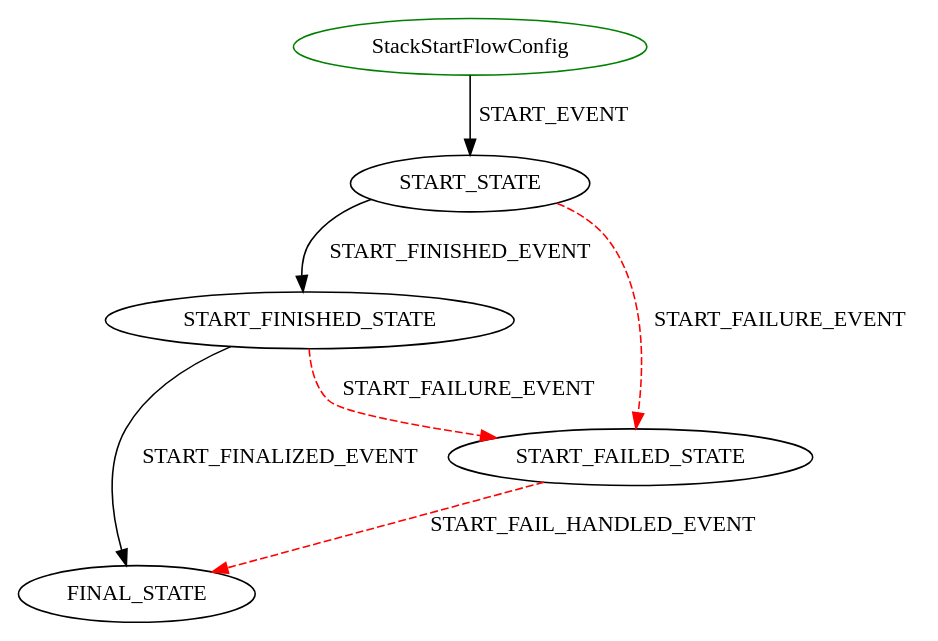
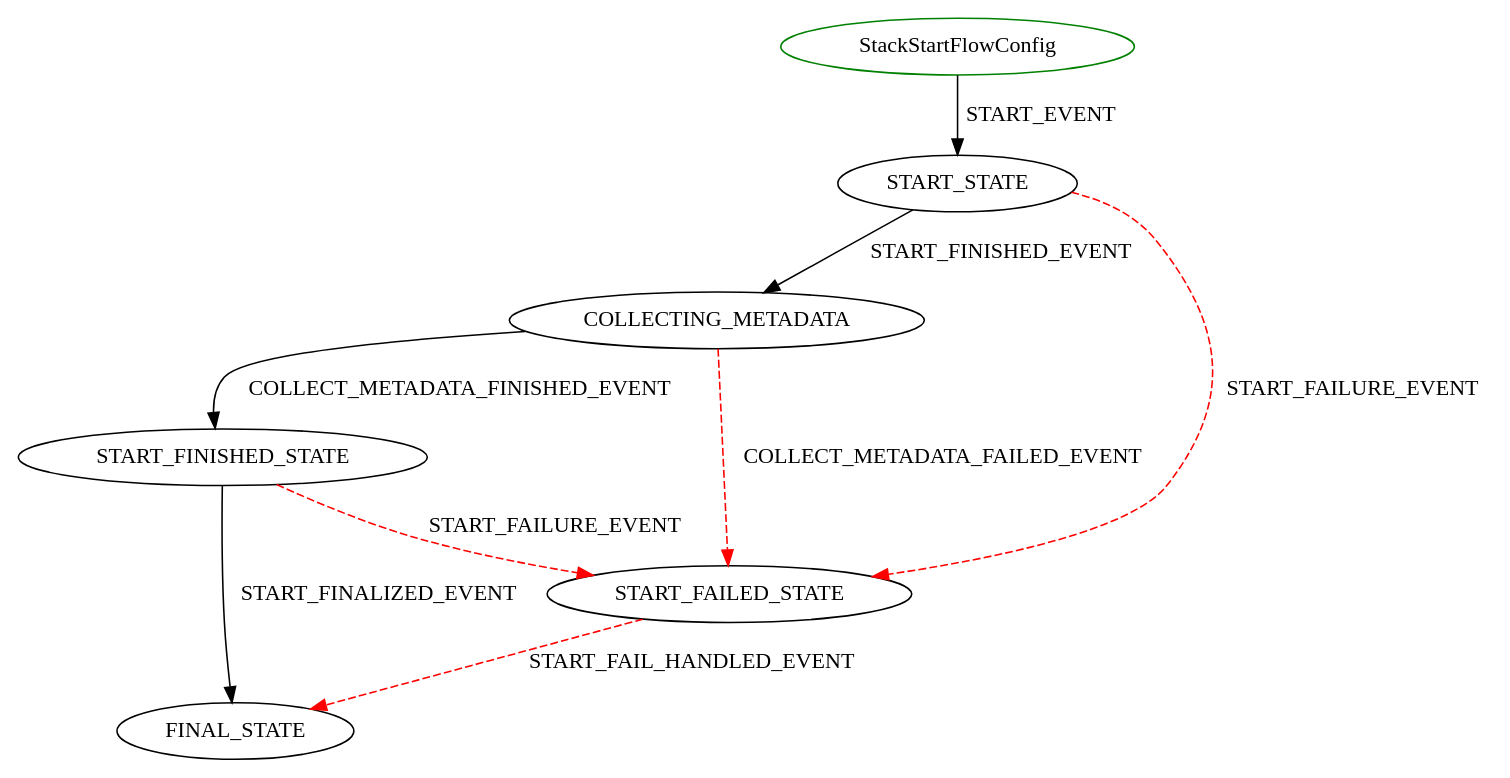
Before and after one commit to hortonworks/cloudbreak-docs: the diagram in latest/diagrams/StackStartFlowConfig.dot, drawn with Graphviz. The commit also changed 49 other files, not shown here.

```diff
--- a/latest/diagrams/StackStartFlowConfig.dot
+++ b/latest/diagrams/StackStartFlowConfig.dot
@@ -1,9 +1,11 @@
 digraph {
 INIT_STATE [label="StackStartFlowConfig" shape=ellipse color=green];
 INIT_STATE -> START_STATE [label="START_EVENT" color=black style=solid];
-START_STATE -> START_FINISHED_STATE [label="START_FINISHED_EVENT" color=black style=solid];
+START_STATE -> COLLECTING_METADATA [label="START_FINISHED_EVENT" color=black style=solid];
 START_STATE -> START_FAILED_STATE [label="START_FAILURE_EVENT" color=red style=dashed];
 START_FAILED_STATE -> FINAL_STATE [label="START_FAIL_HANDLED_EVENT" color=red style=dashed];
+COLLECTING_METADATA -> START_FINISHED_STATE [label="COLLECT_METADATA_FINISHED_EVENT" color=black style=solid];
+COLLECTING_METADATA -> START_FAILED_STATE [label="COLLECT_METADATA_FAILED_EVENT" color=red style=dashed];
 START_FINISHED_STATE -> FINAL_STATE [label="START_FINALIZED_EVENT" color=black style=solid];
 START_FINISHED_STATE -> START_FAILED_STATE [label="START_FAILURE_EVENT" color=red style=dashed];
 }
```
